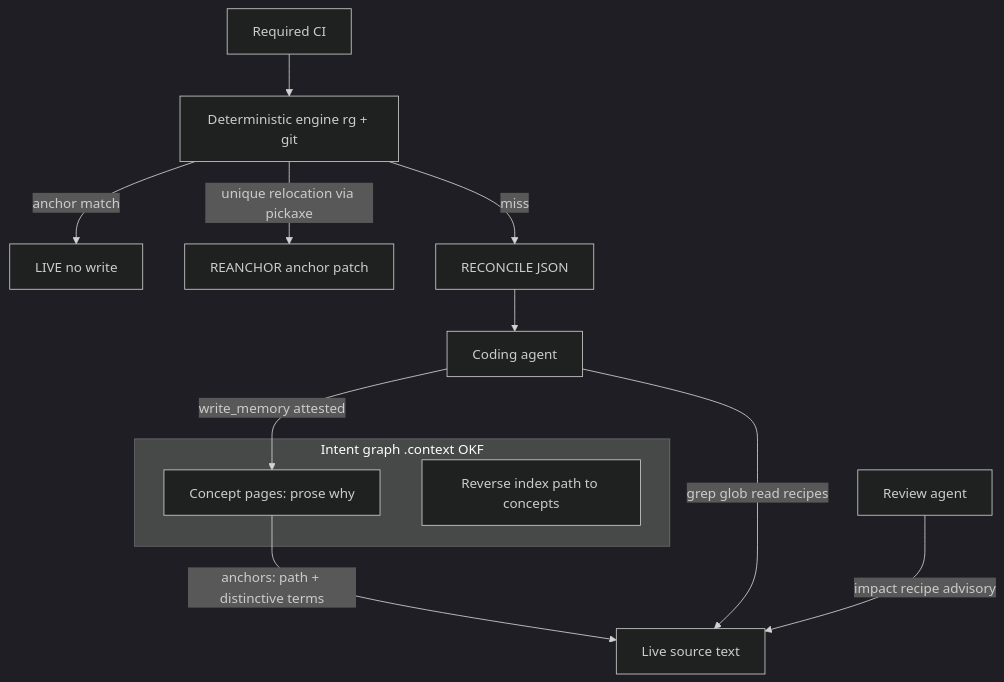
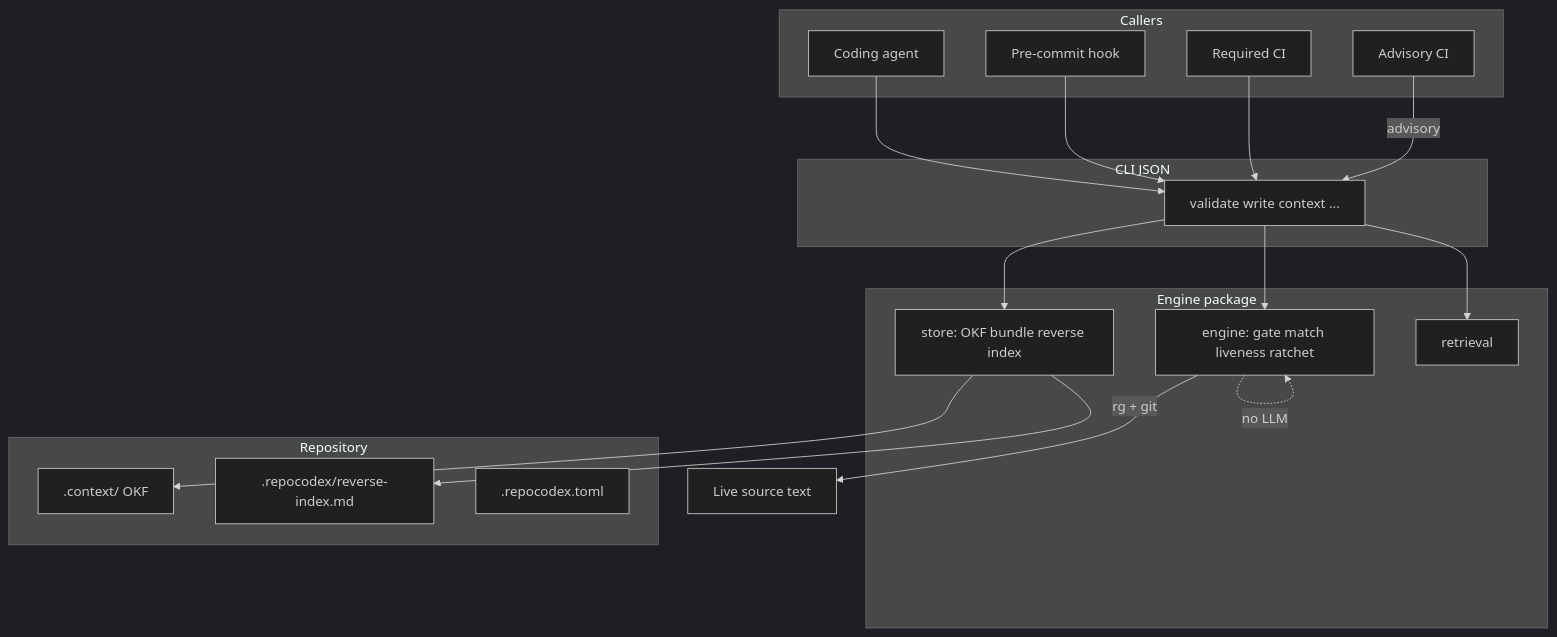
The diagram in docs/research/architecture.md (azaylamba/repocodex), drawn with Mermaid (dark theme) before and after one commit. The commit also changed other lines of this file and 5 other files, not shown here.

First line of the commit message:
docs: split architecture into current system and design history.

````diff
--- a/docs/research/architecture.md
+++ b/docs/research/architecture.md
@@ -28,16 +12,33 @@
 ```mermaid
 flowchart TD
-  subgraph intent [Intent graph .context OKF]
-    okf[Concept pages: prose why]
-    ridx[Reverse index path to concepts]
+  subgraph callers [Callers]
+    agent[Coding agent]
+    hook[Pre-commit hook]
+    ci[Required CI]
+    adv[Advisory CI]
   end
-  okf -->|anchors: path + distinctive terms| code[Live source text]
-  engine[Deterministic engine rg + git] -->|anchor match| live[LIVE no write]
-  engine -->|unique relocation via pickaxe| reanchor[REANCHOR anchor patch]
-  engine -->|miss| reconcile[RECONCILE JSON]
-  reconcile --> agent[Coding agent]
-  agent -->|write_memory attested| okf
-  agent -->|grep glob read recipes| code
-  reviewer[Review agent] -->|impact recipe advisory| code
-  ci[Required CI] --> engine
+  subgraph cli [CLI JSON]
+    cmds[validate write context ...]
+  end
+  subgraph core [Engine package]
+    eng[engine: gate match liveness ratchet]
+    store[store: OKF bundle reverse index]
+    ret[retrieval]
+  end
+  subgraph disk [Repository]
+    ctx[".context/ OKF"]
+    ridx[".repocodex/reverse-index.md"]
+    cfg[".repocodex.toml"]
+  end
+  agent --> cmds
+  hook --> cmds
+  ci --> cmds
+  adv -->|advisory| cmds
+  cmds --> eng
+  cmds --> store
+  cmds --> ret
+  store --> ctx
+  store --> ridx
+  eng -->|rg + git| code[Live source text]
+  eng -.->|no LLM| eng
 ```
````
